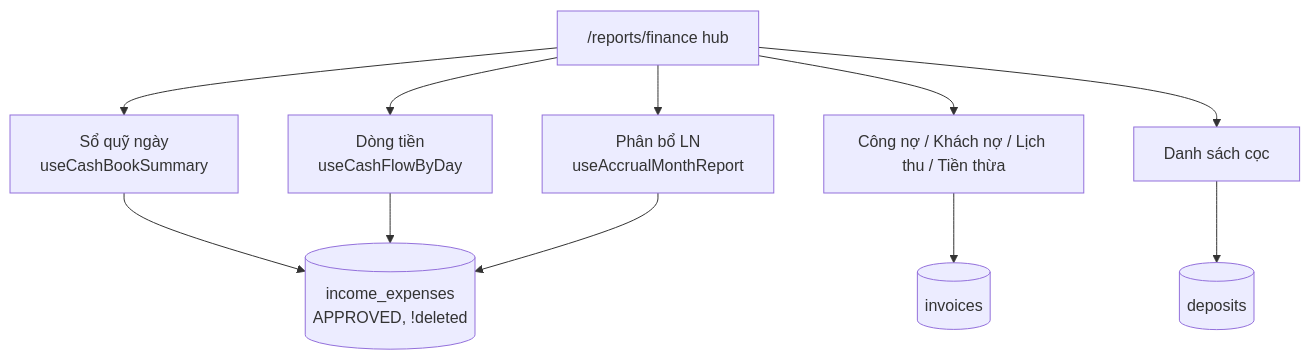
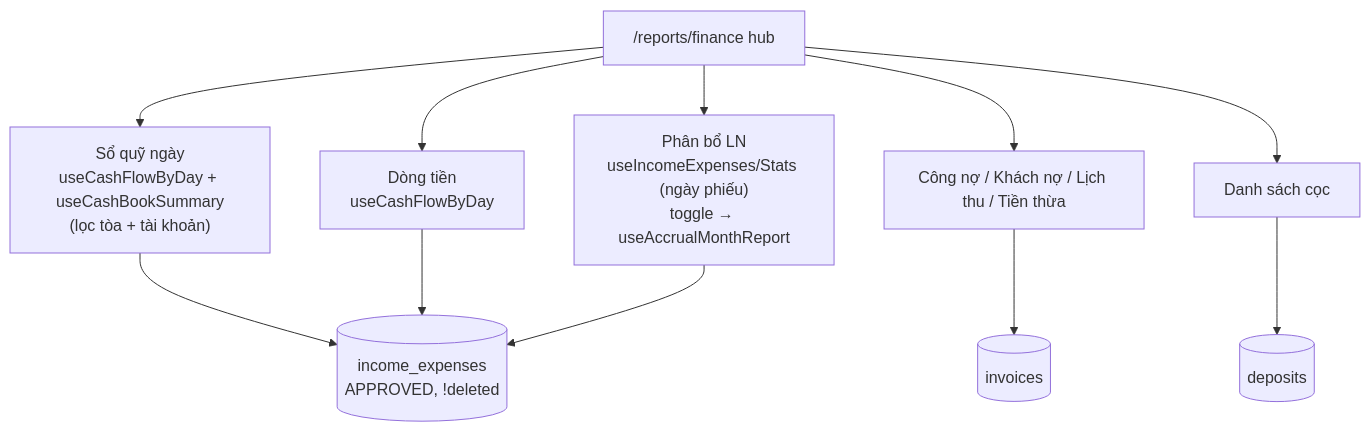
Before and after one commit to zxGreenxz/whiteboard-ihomecrm: the fourth of 4 diagrams in docs/he-thong/13-bao-cao-dashboard-thong-bao.md, drawn with Mermaid. The commit also changed other lines of this file and 17 other files, not shown here.

````diff
--- a/docs/he-thong/13-bao-cao-dashboard-thong-bao.md
+++ b/docs/he-thong/13-bao-cao-dashboard-thong-bao.md
@@ -406,10 +515,10 @@
 ```mermaid
 flowchart TD
-    H["/reports/finance hub"] --> CB["Sổ quỹ ngày<br/>useCashBookSummary"]
+    H["/reports/finance hub"] --> CB["Sổ quỹ ngày<br/>useCashFlowByDay + useCashBookSummary<br/>(lọc tòa + tài khoản)"]
     H --> CF["Dòng tiền<br/>useCashFlowByDay"]
-    H --> PD["Phân bổ LN<br/>useAccrualMonthReport"]
+    H --> PD["Phân bổ LN<br/>useIncomeExpenses/Stats (ngày phiếu)<br/>toggle → useAccrualMonthReport"]
     CB & CF & PD --> IE[("income_expenses<br/>APPROVED, !deleted")]
     H --> DBT["Công nợ / Khách nợ / Lịch thu / Tiền thừa"]
     DBT --> INV[("invoices")]
     H --> DEP["Danh sách cọc"] --> DPT[("deposits")]
 ```
````
